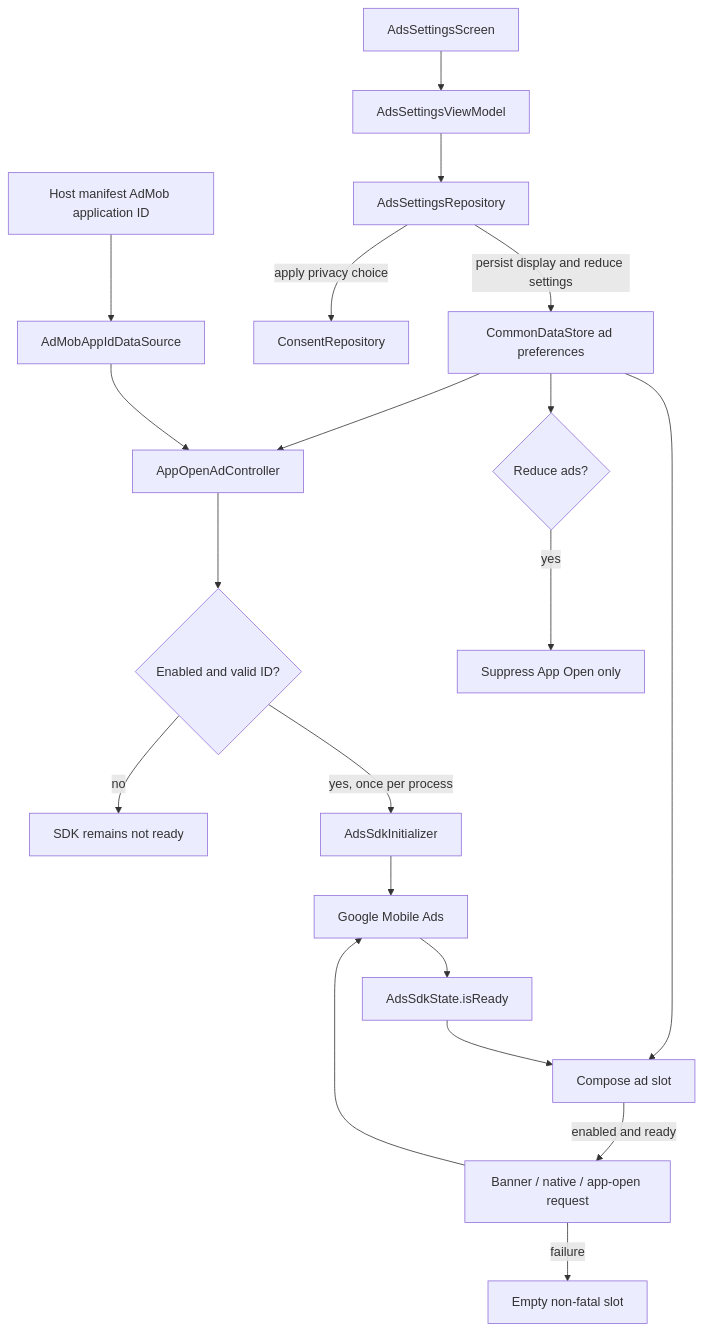
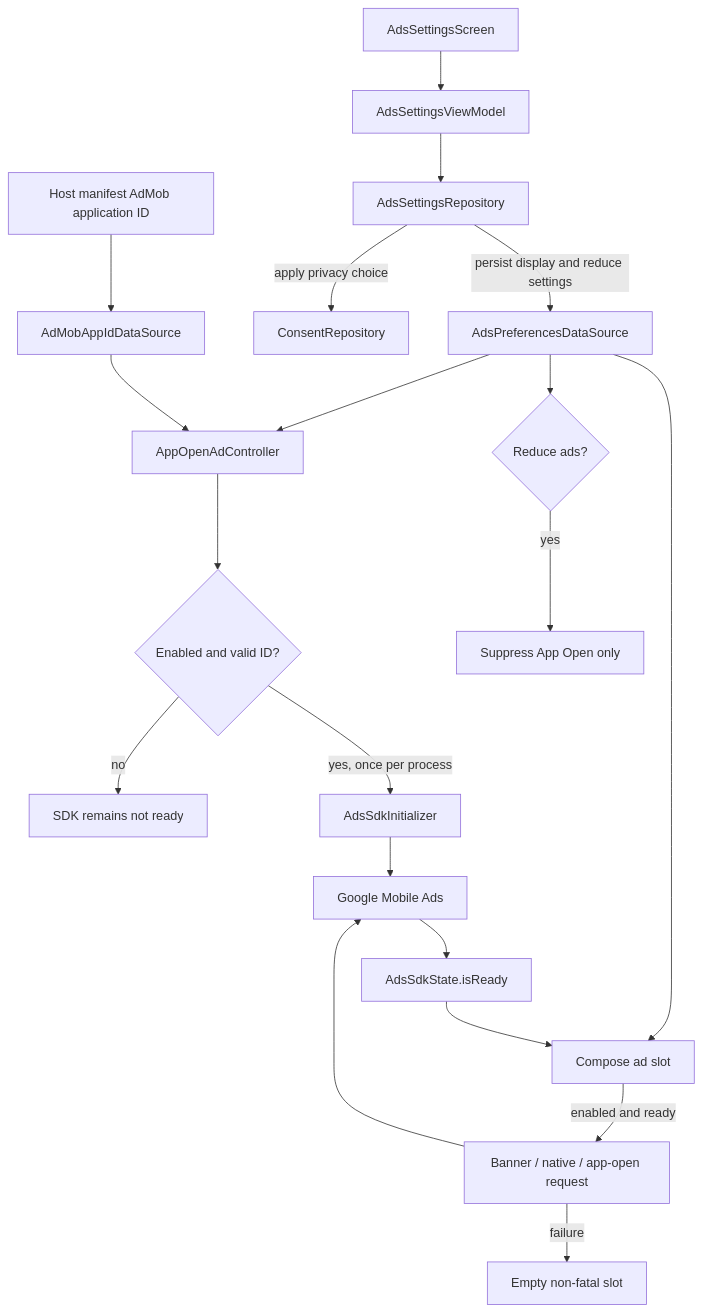
One commit to MihaiCristianCondrea/App-Toolkit-for-Android changed the diagram in library/integration/ads/README.md. Above: the diagram before and after it, drawn with Mermaid. The commit also changed 83 other files, not shown here.

````diff
--- a/library/integration/ads/README.md
+++ b/library/integration/ads/README.md
@@ -42,22 +42,22 @@
 ```mermaid
 flowchart TD
     Settings[AdsSettingsScreen] --> VM[AdsSettingsViewModel]
     VM --> Repo[AdsSettingsRepository]
-    Repo -->|persist display and reduce settings| Store[CommonDataStore ad preferences]
+    Repo -->|persist display and reduce settings| Store[AdsPreferencesDataSource]
     Repo -->|apply privacy choice| Consent[ConsentRepository]
     Store --> Manager[AppOpenAdController]
     Manifest[Host manifest AdMob application ID] --> Id[AdMobAppIdDataSource]
     Id --> Manager
     Manager --> Gate{Enabled and valid ID?}
     Gate -->|no| Disabled[SDK remains not ready]
     Gate -->|yes, once per process| Initializer[AdsSdkInitializer]
     Initializer --> SDK[Google Mobile Ads]
     SDK --> Ready[AdsSdkState.isReady]
     Store --> Slot[Compose ad slot]
     Ready --> Slot
     Slot -->|enabled and ready| Request[Banner / native / app-open request]
     Request --> SDK
     Request -->|failure| Empty[Empty non-fatal slot]
     Store --> Reduce{Reduce ads?}
     Reduce -->|yes| Suppress[Suppress App Open only]
 ```
````
